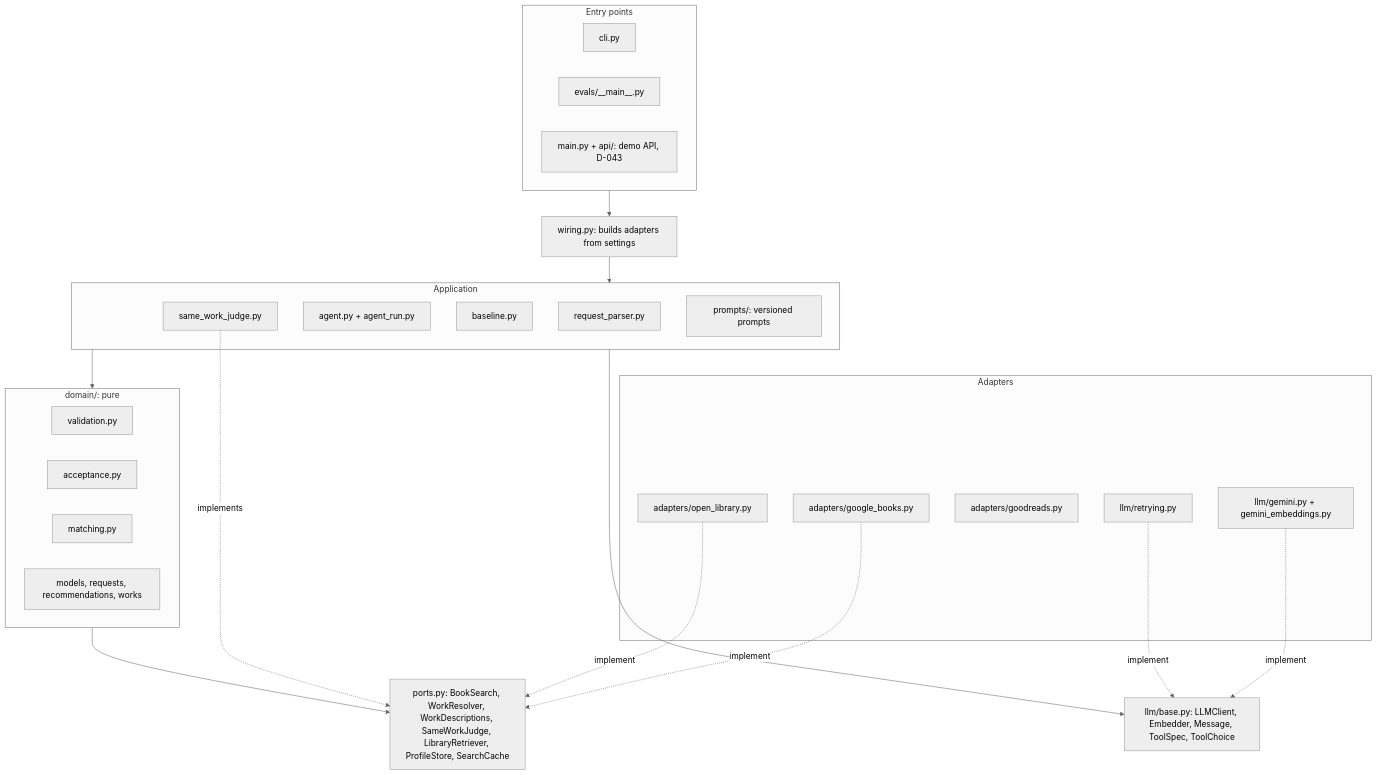
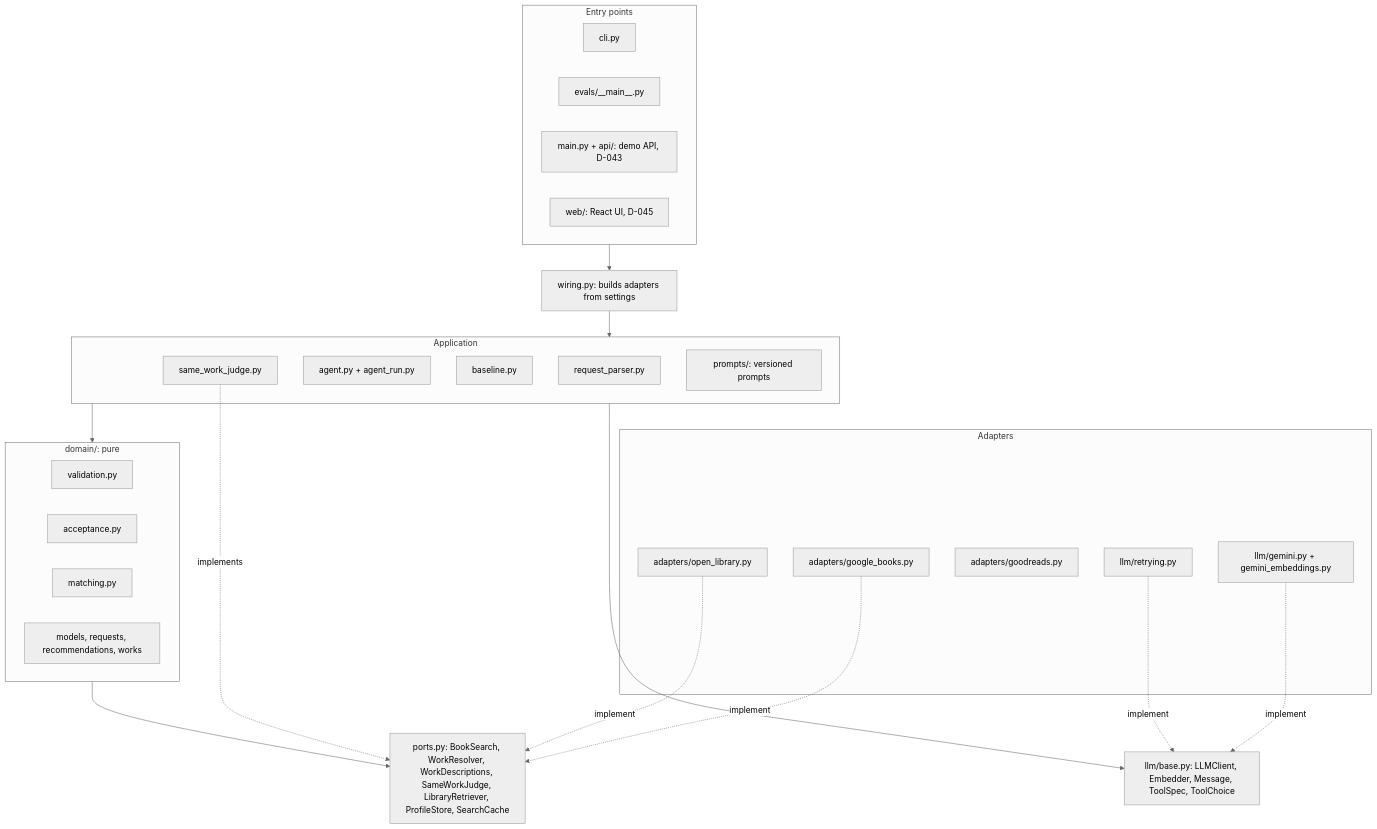
Before and after one commit to ezanetta/next-read-agent: the first of 2 diagrams in docs/ARCHITECTURE.md, drawn with Mermaid (neutral theme). The commit also changed other lines of this file and 2 other files, not shown here.

First line of the commit message:
UI: main-flow test, and how to run the UI in the README

````diff
--- a/docs/ARCHITECTURE.md
+++ b/docs/ARCHITECTURE.md
@@ -7,38 +7,39 @@
 ```mermaid
 flowchart TB
     subgraph entry[Entry points]
         CLI[cli.py]
         EV[evals/__main__.py]
         API[main.py + api/: demo API, D-043]
+        WEB[web/: React UI, D-045]
     end
     W[wiring.py: builds adapters from settings]
     subgraph app[Application]
         RP[request_parser.py]
         AG[agent.py + agent_run.py]
         BL[baseline.py]
         SW[same_work_judge.py]
         PR[prompts/: versioned prompts]
     end
     subgraph domain[domain/: pure]
         VAL[validation.py]
         ACC[acceptance.py]
         MAT[matching.py]
         MOD[models, requests, recommendations, works]
     end
     PORTS[ports.py: BookSearch, WorkResolver, WorkDescriptions, SameWorkJudge, LibraryRetriever, ProfileStore, SearchCache]
     LLMB[llm/base.py: LLMClient, Embedder, Message, ToolSpec, ToolChoice]
     subgraph adapters[Adapters]
         GB[adapters/google_books.py]
         OL[adapters/open_library.py]
         GR[adapters/goodreads.py]
         GEM[llm/gemini.py + gemini_embeddings.py]
         RET[llm/retrying.py]
     end
     entry --> W --> app
     app --> domain
     app --> LLMB
     domain --> PORTS
     GB & OL -.implement.-> PORTS
     SW -.implements.-> PORTS
     GEM & RET -.implement.-> LLMB
 ```
````
